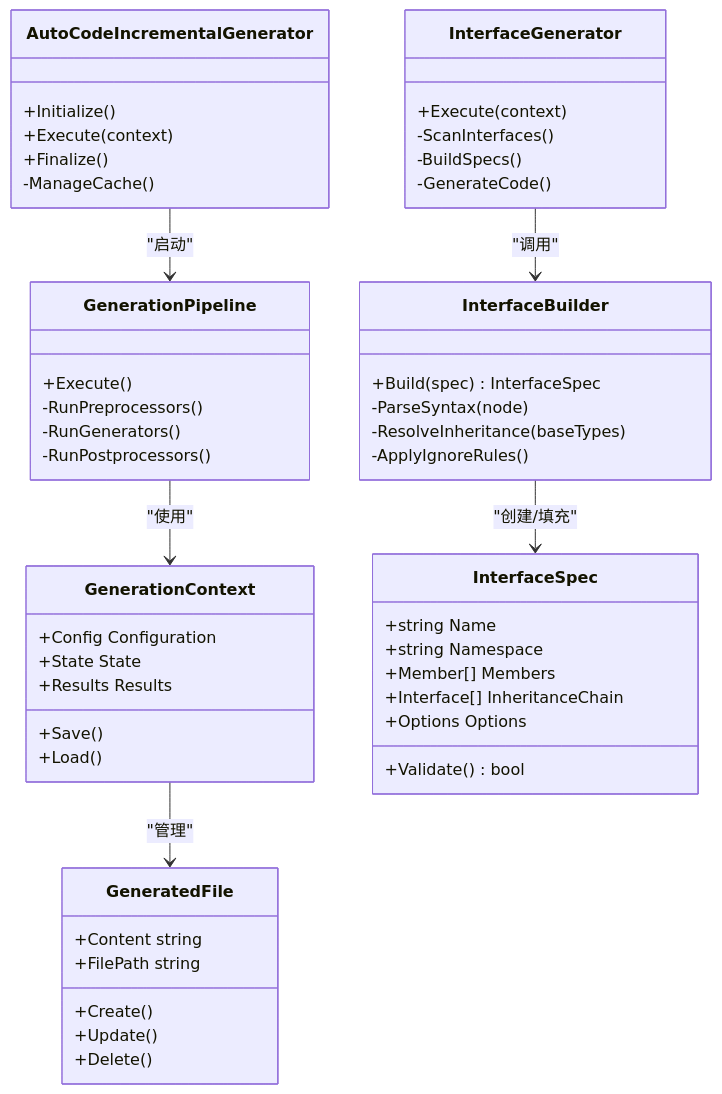
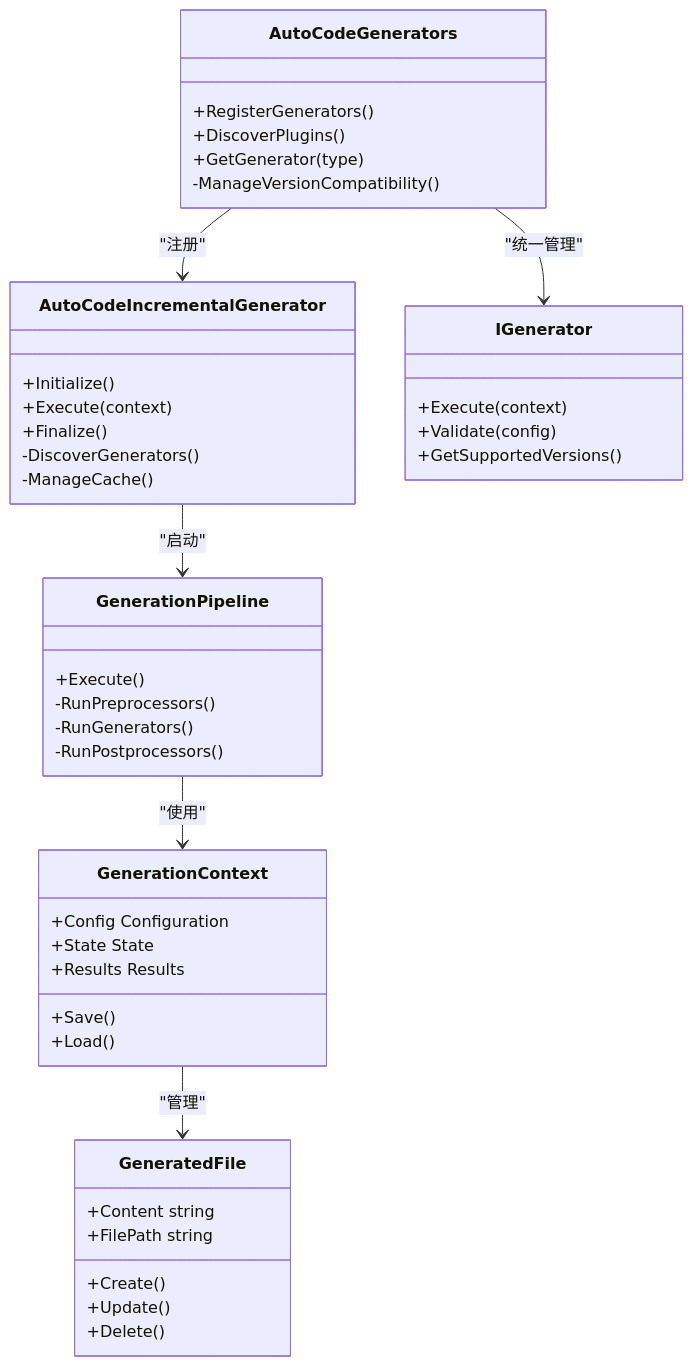
Before and after one commit to alivy/AutoCode: the third of 7 diagrams in .qoder/repowiki/zh/content/源代码生成器/源代码生成器.md, drawn with Mermaid. The commit also changed other lines of this file and 53 other files, not shown here.

````diff
--- a/.qoder/repowiki/zh/content/源代码生成器/源代码生成器.md
+++ b/.qoder/repowiki/zh/content/源代码生成器/源代码生成器.md
@@ -357,54 +275,46 @@
 ```mermaid
 classDiagram
+class AutoCodeGenerators {
++RegisterGenerators()
++DiscoverPlugins()
++GetGenerator(type)
+-ManageVersionCompatibility()
+}
 class AutoCodeIncrementalGenerator {
 +Initialize()
 +Execute(context)
 +Finalize()
+-DiscoverGenerators()
 -ManageCache()
 }
 class GenerationPipeline {
 +Execute()
 -RunPreprocessors()
 -RunGenerators()
 -RunPostprocessors()
 }
 class GenerationContext {
 +Config Configuration
 +State State
 +Results Results
 +Save()
 +Load()
 }
 class GeneratedFile {
 +Content string
 +FilePath string
 +Create()
 +Update()
 +Delete()
 }
-class InterfaceSpec {
-+string Name
-+string Namespace
-+Member[] Members
-+Interface[] InheritanceChain
-+Options Options
-+Validate() bool
+class IGenerator {
++Execute(context)
++Validate(config)
++GetSupportedVersions()
 }
-class InterfaceBuilder {
-+Build(spec) InterfaceSpec
--ParseSyntax(node)
--ResolveInheritance(baseTypes)
--ApplyIgnoreRules()
-}
-class InterfaceGenerator {
-+Execute(context)
--ScanInterfaces()
--BuildSpecs()
--GenerateCode()
-}
+AutoCodeGenerators --> AutoCodeIncrementalGenerator : "注册"
 AutoCodeIncrementalGenerator --> GenerationPipeline : "启动"
 GenerationPipeline --> GenerationContext : "使用"
 GenerationContext --> GeneratedFile : "管理"
-InterfaceGenerator --> InterfaceBuilder : "调用"
-InterfaceBuilder --> InterfaceSpec : "创建/填充"
+AutoCodeGenerators --> IGenerator : "统一管理"
 ```
````
